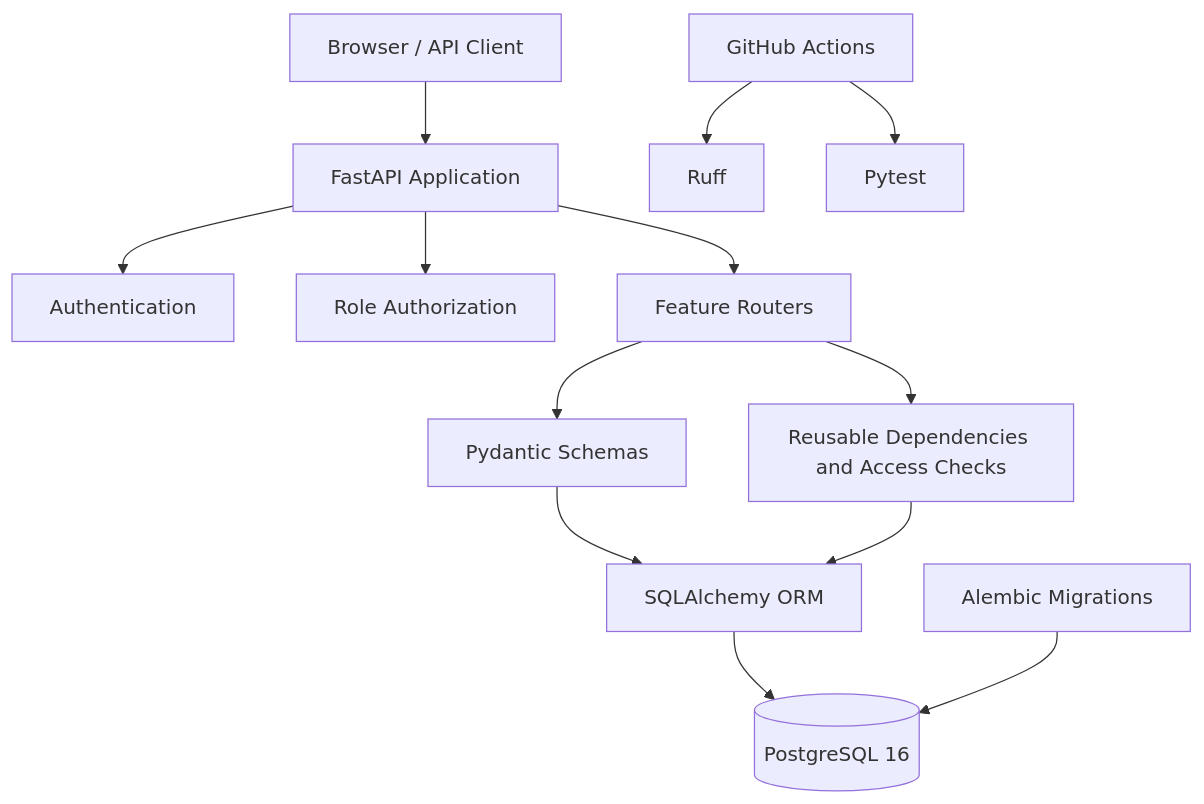
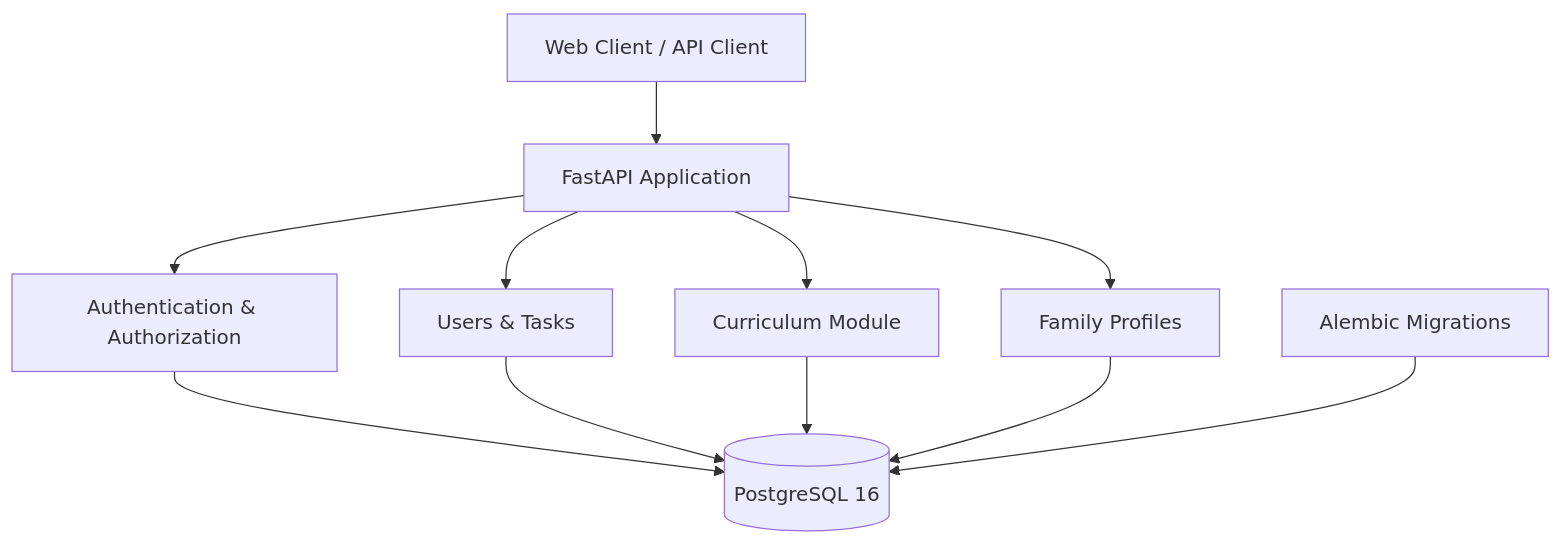
The diagram in README.md (AMAN-AJWA-FATIMA/Backend), drawn with Mermaid before and after one commit. The commit also changed other lines of this file, not shown here.

````diff
--- a/README.md
+++ b/README.md
@@ -56,15 +53,22 @@
 ```mermaid
 flowchart TD
-    Client[Browser / API Client] --> API[FastAPI Application]
-    API --> Auth[Authentication]
-    API --> RBAC[Role Authorization]
-    API --> Routers[Feature Routers]
-    Routers --> Schemas[Pydantic Schemas]
-    Routers --> Helpers[Reusable Dependencies and Access Checks]
-    Schemas --> ORM[SQLAlchemy ORM]
-    Helpers --> ORM
-    ORM --> DB[(PostgreSQL 16)]
-    Migrations[Alembic Migrations] --> DB
-    CI[GitHub Actions] --> Ruff[Ruff]
-    CI --> Tests[Pytest]
+    Client["Web Client / API Client"]
+    API["FastAPI Application"]
+    Auth["Authentication & Authorization"]
+    Users["Users & Tasks"]
+    Curriculum["Curriculum Module"]
+    Family["Family Profiles"]
+    DB[("PostgreSQL 16")]
+    Migrations["Alembic Migrations"]
+
+    Client --> API
+    API --> Auth
+    API --> Users
+    API --> Curriculum
+    API --> Family
+    Auth --> DB
+    Users --> DB
+    Curriculum --> DB
+    Family --> DB
+    Migrations --> DB
 ```
````
